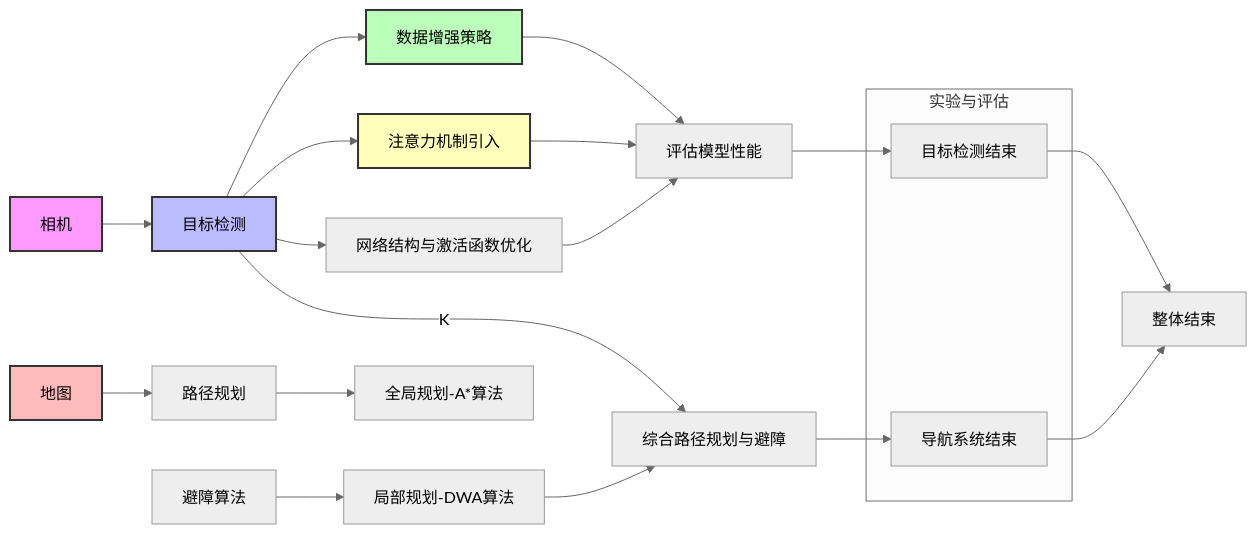
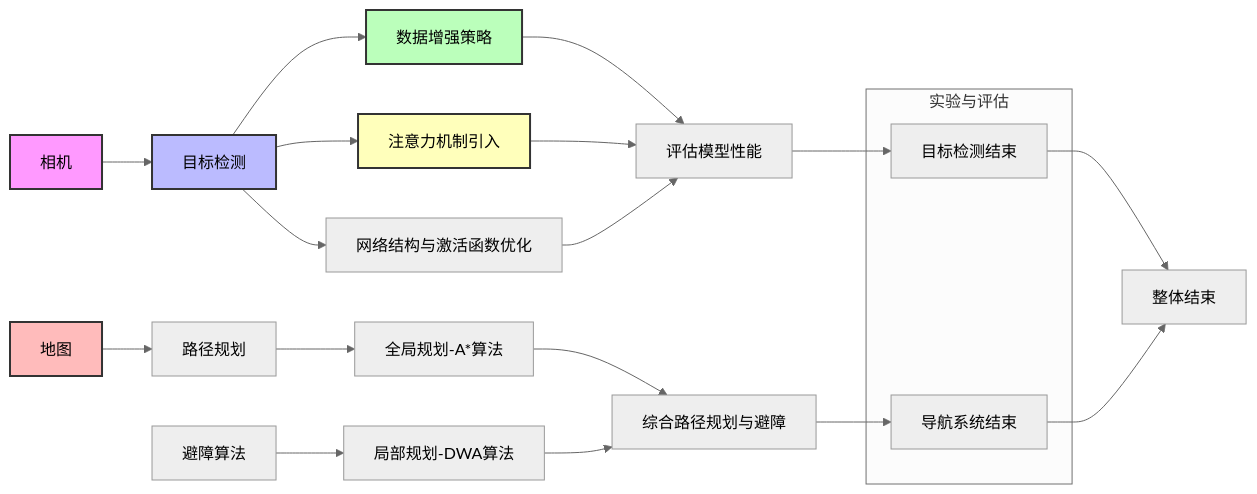
One commit to 1831380633/iodraw-files changed the diagram in all/未命名-1.md. Above: the diagram before and after it, drawn with Mermaid (neutral theme).

Commit message:
2024-12-18 14:59:35 update

````diff
--- a/all/未命名-1.md
+++ b/all/未命名-1.md
@@ -1,37 +1,37 @@
 ```mermaid
 graph LR
     style A fill:#f9f,stroke:#333,stroke-width:2px
     style B fill:#bbf,stroke:#333,stroke-width:2px
     style C fill:#fbb,stroke:#333,stroke-width:2px
     style D fill:#bfb,stroke:#333,stroke-width:2px
     style E fill:#ffb,stroke:#333,stroke-width:2px
 
     A[相机] --> B[目标检测]
     C[地图]
     
     B --> D[数据增强策略]
     B --> E[注意力机制引入]
     B --> F[网络结构与激活函数优化]
     D --> G[评估模型性能]
     E --> G
     F --> G
     G --> H[目标检测结束]
     
     C --> I[路径规划]
 
     I --> K[全局规划-A*算法]
     J[避障算法] --> L[局部规划-DWA算法]
-    B --
+
     K --> M[综合路径规划与避障]
     L --> M
     M --> N[导航系统结束]
     
     H --> O[整体结束]
     N --> O
 
     subgraph 实验与评估
         H
         N
     end
 
 ```
````
